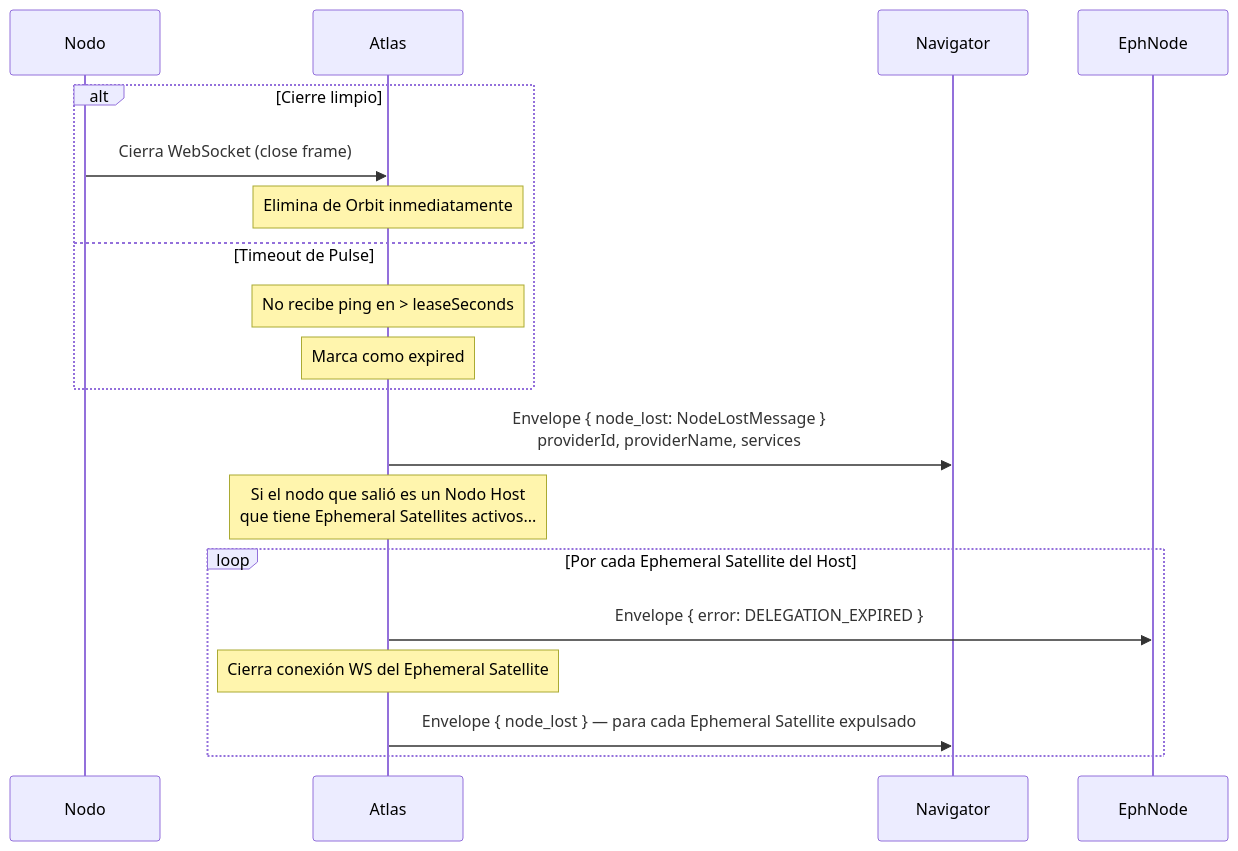
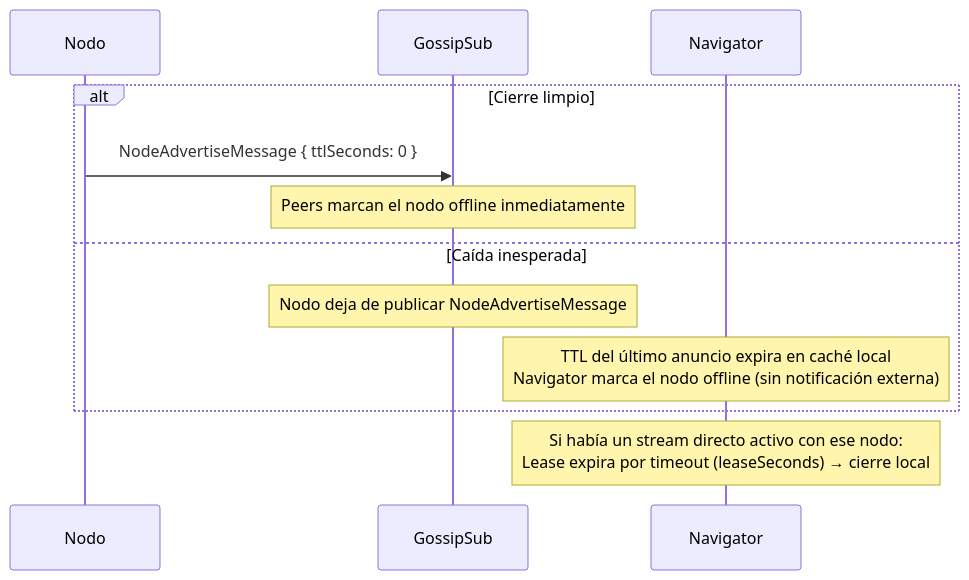
Before and after one commit to rafex/galaxIA: the third of 3 diagrams in protocol/handshake.md, drawn with Mermaid. The commit also changed other lines of this file and 3 other files, not shown here.

````diff
--- a/protocol/handshake.md
+++ b/protocol/handshake.md
@@ -75,24 +87,16 @@
 ```mermaid
 sequenceDiagram
     participant N as Nodo
-    participant A as Atlas
+    participant G as GossipSub
     participant NAV as Navigator
 
     alt Cierre limpio
-        N->>A: Cierra WebSocket (close frame)
-        note over A: Elimina de Orbit inmediatamente
-    else Timeout de Pulse
-        note over A: No recibe ping en > leaseSeconds
-        note over A: Marca como expired
+        N->>G: NodeAdvertiseMessage { ttlSeconds: 0 }
+        note over G: Peers marcan el nodo offline inmediatamente
+    else Caída inesperada
+        note over G: Nodo deja de publicar NodeAdvertiseMessage
+        note over NAV: TTL del último anuncio expira en caché local<br/>Navigator marca el nodo offline (sin notificación externa)
     end
 
-    A->>NAV: Envelope { node_lost: NodeLostMessage }<br/>providerId, providerName, services
-
-    note over A: Si el nodo que salió es un Nodo Host<br/>que tiene Ephemeral Satellites activos...
-
-    loop Por cada Ephemeral Satellite del Host
-        A->>EphNode: Envelope { error: DELEGATION_EXPIRED }
-        note over A: Cierra conexión WS del Ephemeral Satellite
-        A->>NAV: Envelope { node_lost } — para cada Ephemeral Satellite expulsado
-    end
+    note over NAV: Si había un stream directo activo con ese nodo:<br/>Lease expira por timeout (leaseSeconds) → cierre local
 ```
````
